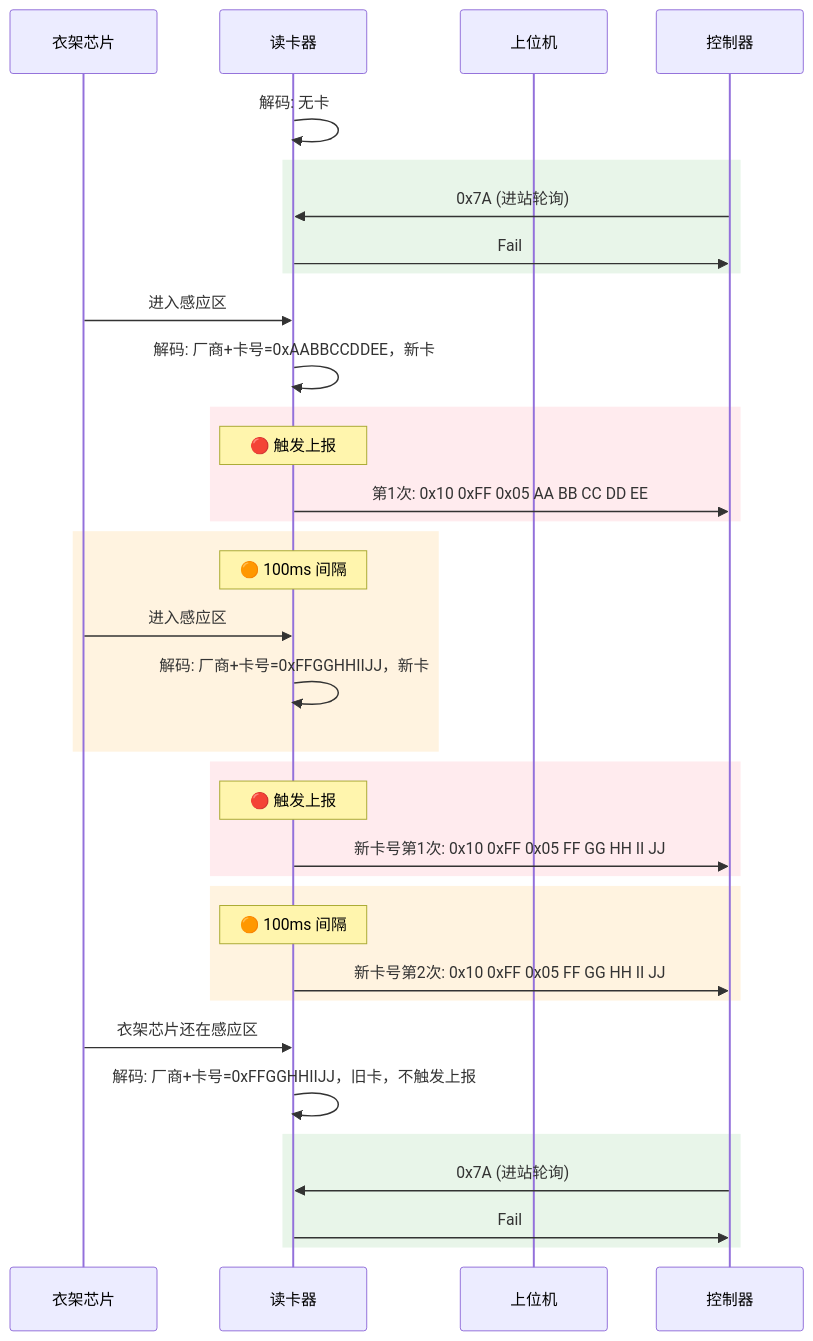
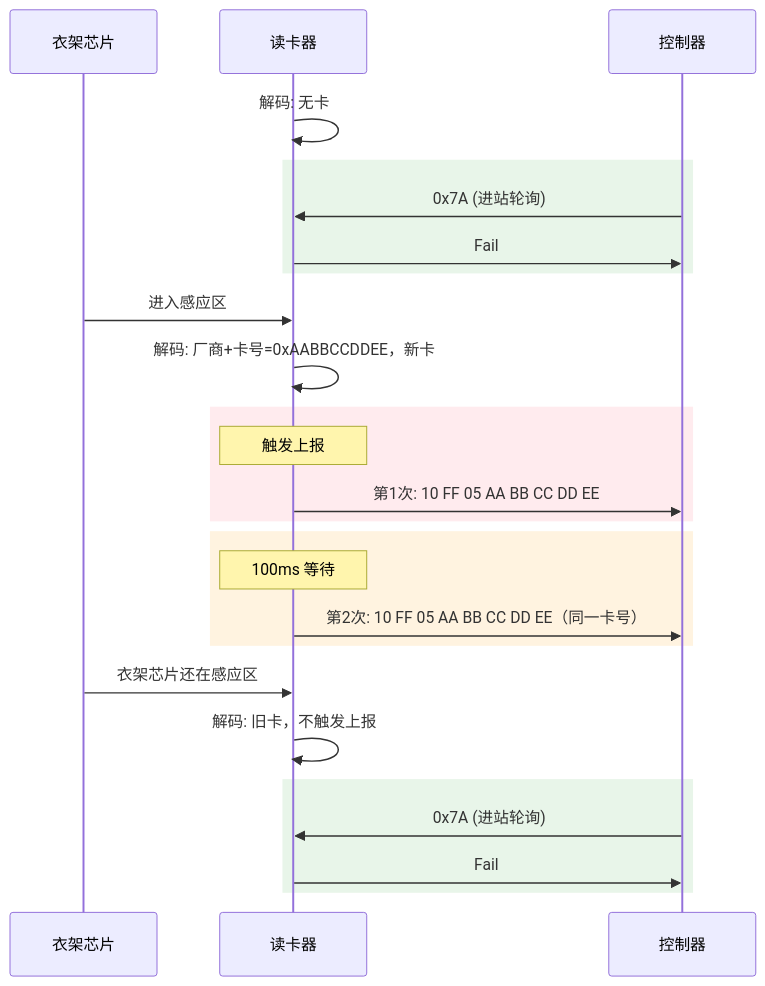
One commit to Siaiai/ObsidianNote changed the second of 9 diagrams in 工作/[[SR3读卡器]]/260804SR3框架整理.md. Above: the diagram before and after it, drawn with Mermaid. The commit also changed other lines of this file, not shown here.

````diff
--- a/工作/[[SR3读卡器]]/260804SR3框架整理.md
+++ b/工作/[[SR3读卡器]]/260804SR3框架整理.md
@@ -146,42 +174,34 @@
 ```mermaid
 sequenceDiagram
     participant 衣架芯片
     participant 读卡器
-    participant 上位机
-    
-	读卡器->>读卡器: 解码: 无卡
-	
+    participant 控制器
+
+    读卡器->>读卡器: 解码: 无卡
+
     rect rgb(232, 245, 233)
         控制器->>读卡器: 0x7A (进站轮询)
         读卡器->>控制器: Fail
     end
-    
+
     衣架芯片->>读卡器: 进入感应区
     读卡器->>读卡器: 解码: 厂商+卡号=0xAABBCCDDEE，新卡
 
     rect rgb(255, 235, 238)
-        Note over 读卡器: 🔴 触发上报
-        读卡器->>控制器: 第1次: 0x10 0xFF 0x05 AA BB CC DD EE
+        Note over 读卡器: 触发上报
+        读卡器->>控制器: 第1次: 10 FF 05 AA BB CC DD EE
     end
 
     rect rgb(255, 243, 224)
-        Note over 读卡器: 🟠 100ms 间隔
-        衣架芯片->>读卡器: 进入感应区
-	    读卡器->>读卡器: 解码: 厂商+卡号=0xFFGGHHIIJJ，新卡
+        Note over 读卡器: 100ms 等待
+        读卡器->>控制器: 第2次: 10 FF 05 AA BB CC DD EE（同一卡号）
     end
-    rect rgb(255, 235, 238)
-        Note over 读卡器: 🔴 触发上报
-        读卡器->>控制器: 新卡号第1次: 0x10 0xFF 0x05 FF GG HH II JJ
-    end
-    rect rgb(255, 243, 224)
-        Note over 读卡器: 🟠 100ms 间隔
-        读卡器->>控制器: 新卡号第2次:  0x10 0xFF 0x05 FF GG HH II JJ
-    end
+
     衣架芯片->>读卡器: 衣架芯片还在感应区
-    读卡器->>读卡器: 解码: 厂商+卡号=0xFFGGHHIIJJ，旧卡，不触发上报
-    
+    读卡器->>读卡器: 解码: 旧卡，不触发上报
+
     rect rgb(232, 245, 233)
         控制器->>读卡器: 0x7A (进站轮询)
         读卡器->>控制器: Fail
     end
 ```
````
